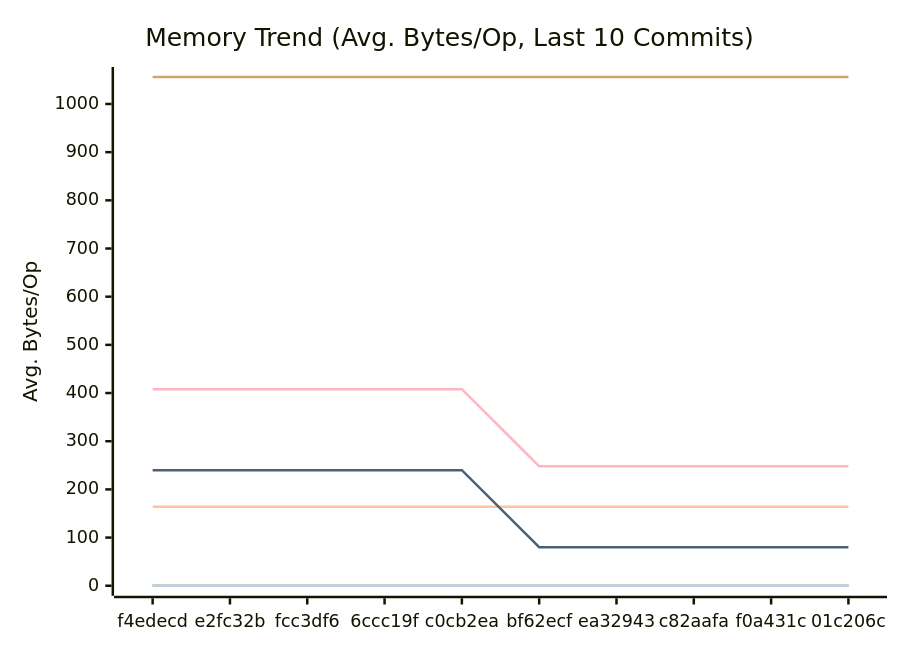
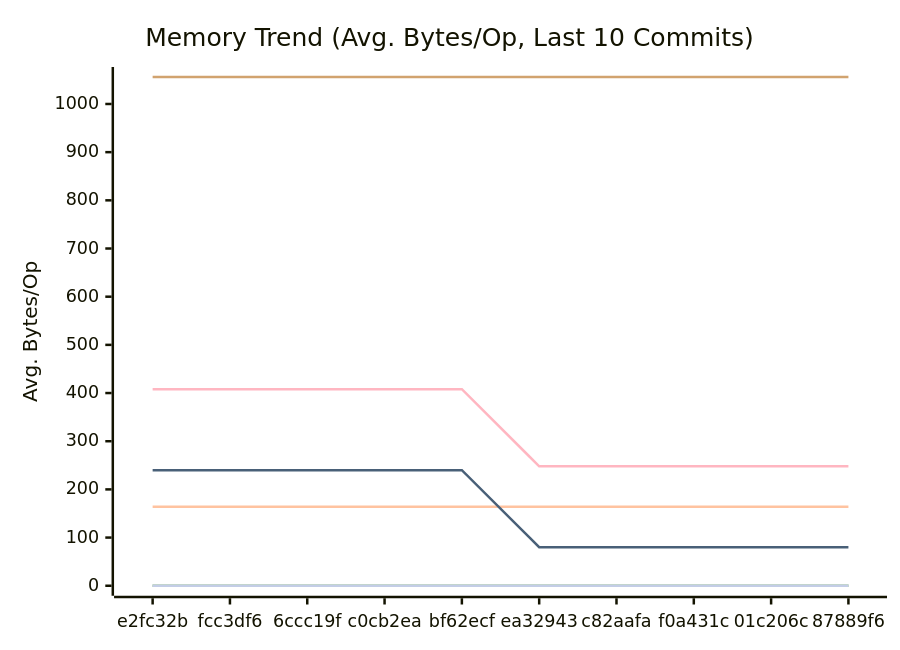
One commit to alsotoes/momo changed the second of 3 diagrams in docs/PERFORMANCE.md. Above: the diagram before and after it, drawn with Mermaid. The commit also changed other lines of this file and 2 other files, not shown here.

````diff
--- a/docs/PERFORMANCE.md
+++ b/docs/PERFORMANCE.md
@@ -97,16 +97,16 @@
 ```mermaid
 xychart-beta
     title "Memory Trend (Avg. Bytes/Op, Last 10 Commits)"
     x-axis "Commit"
     y-axis "Avg. Bytes/Op"
-    x-axis [f4edecd,e2fc32b,fcc3df6,6ccc19f,c0cb2ea,bf62ecf,ea32943,c82aafa,f0a431c,01c206c]
+    x-axis [e2fc32b,fcc3df6,6ccc19f,c0cb2ea,bf62ecf,ea32943,c82aafa,f0a431c,01c206c,87889f6]
     line "CheckMetricsAndSwap" [0,0,0,0,0,0,0,0,0,0]
     line "CrushOptimized" [0,0,0,0,0,0,0,0,0,0]
     line "CrushOriginal" [164,164,164,164,164,164,164,164,164,164]
     line "IndexDirectTracking" [0,0,0,0,0,0,0,0,0,0]
     line "IndexSearch" [0,0,0,0,0,0,0,0,0,0]
     line "LoadGlobalConfig" [1056,1056,1056,1056,1056,1056,1056,1056,1056,1056]
     line "PadString" [0,0,0,0,0,0,0,0,0,0]
     line "ParseReplicationOrder_NoPrealloc" [408,408,408,408,408,248,248,248,248,248]
     line "ParseReplicationOrder_Prealloc" [240,240,240,240,240,80,80,80,80,80]
 ```
````
